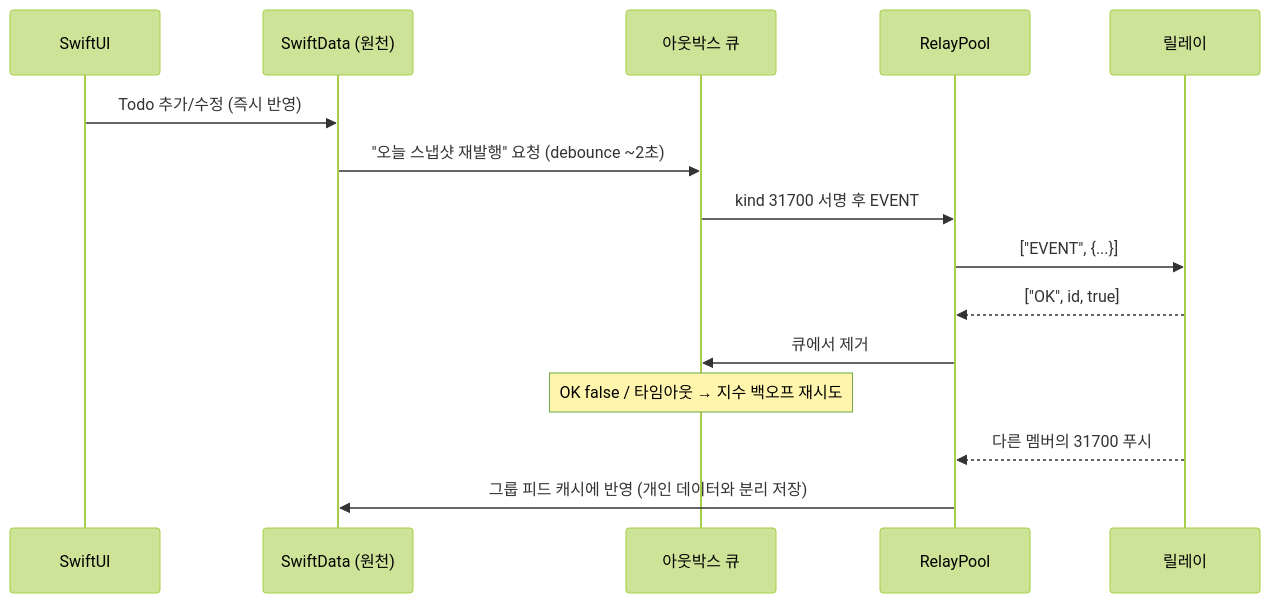
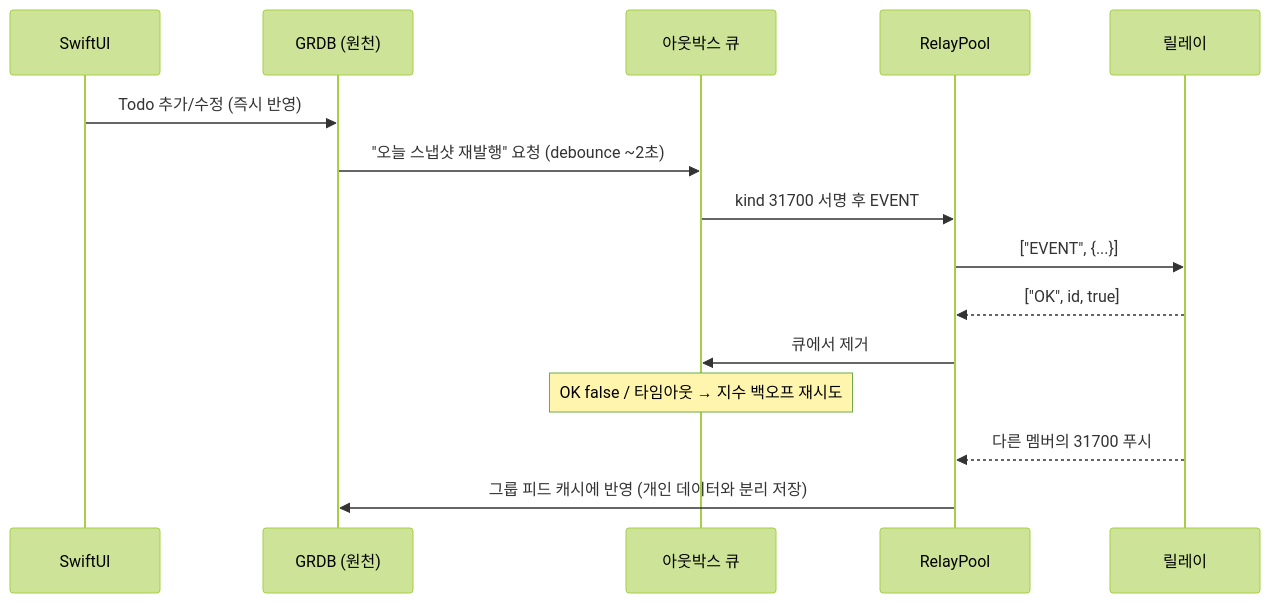
One commit to hot666666/TodoMate changed the fourth of 4 diagrams in docs/nostr/02-architecture.md. Above: the diagram before and after it, drawn with Mermaid (forest theme). The commit also changed other lines of this file and 23 other files, not shown here.

````diff
--- a/docs/nostr/02-architecture.md
+++ b/docs/nostr/02-architecture.md
@@ -365,18 +377,18 @@
 ```mermaid
 sequenceDiagram
     participant UI as SwiftUI
-    participant SD as SwiftData (원천)
+    participant SD as GRDB (원천)
     participant Q as 아웃박스 큐
     participant P as RelayPool
     participant R as 릴레이
 
     UI->>SD: Todo 추가/수정 (즉시 반영)
     SD->>Q: "오늘 스냅샷 재발행" 요청 (debounce ~2초)
     Q->>P: kind 31700 서명 후 EVENT
     P->>R: ["EVENT", {...}]
     R-->>P: ["OK", id, true]
     P->>Q: 큐에서 제거
     Note over Q: OK false / 타임아웃 → 지수 백오프 재시도
     R-->>P: 다른 멤버의 31700 푸시
     P->>SD: 그룹 피드 캐시에 반영 (개인 데이터와 분리 저장)
 ```
````
